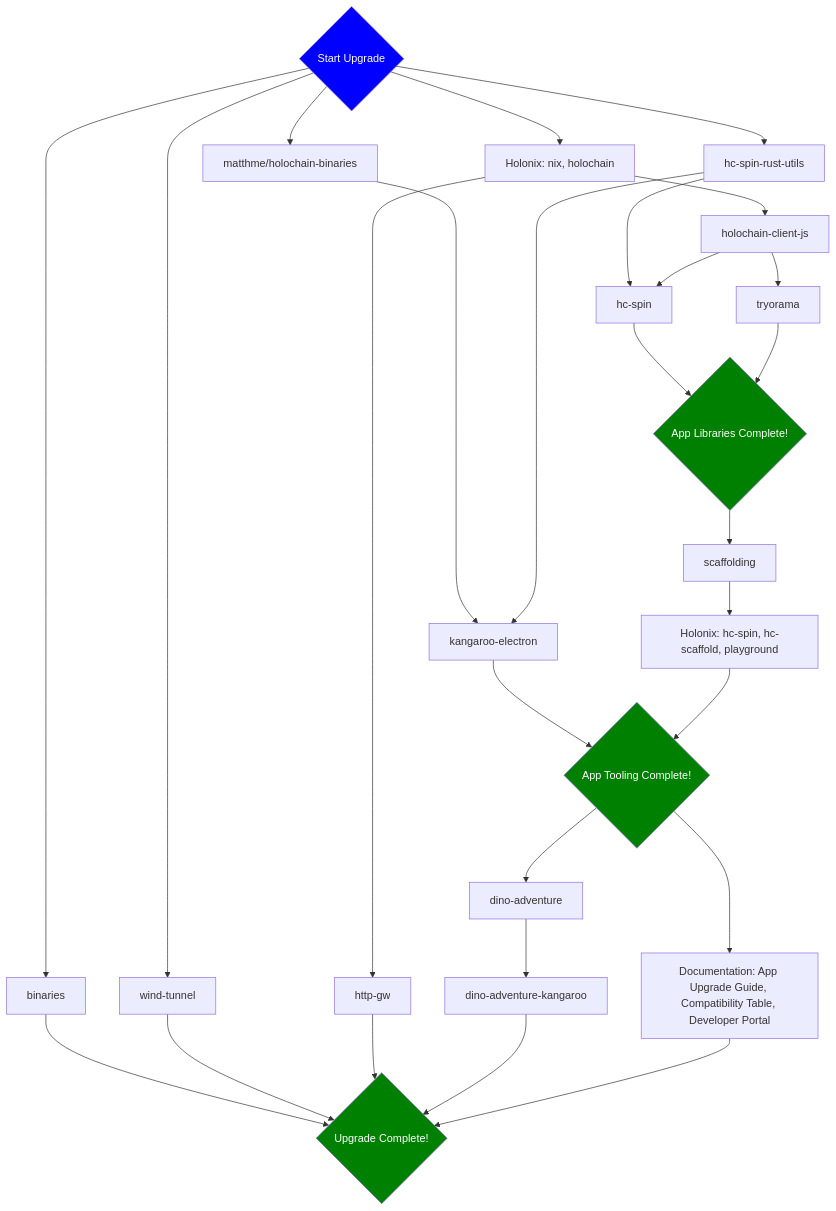
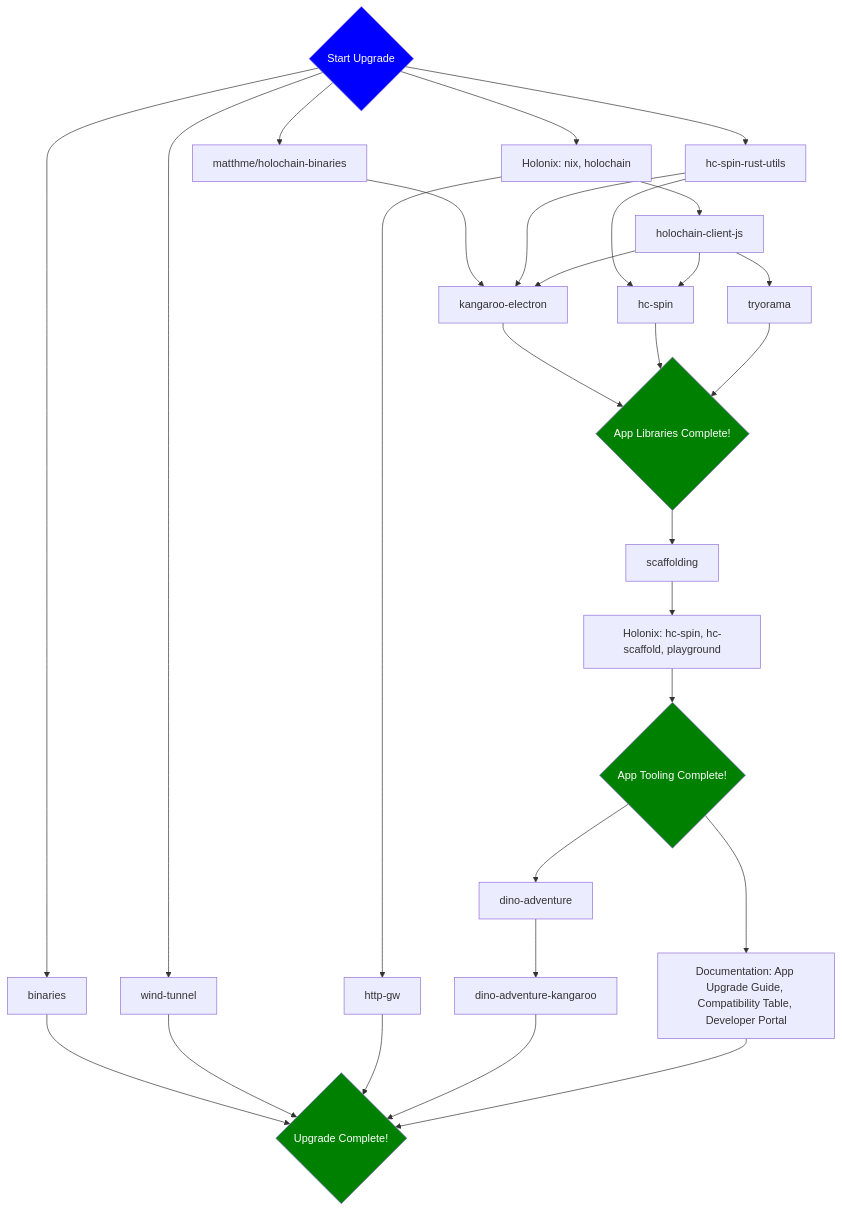
One commit to holochain/holochain changed the diagram in .github/ISSUE_TEMPLATE/release_checklist.md. Above: the diagram before and after it, drawn with Mermaid. The commit also changed other lines of this file, not shown here.

Commit message:
docs: holochain-client-js is a dependency of holochain-kangaroo, fill out details for all steps

````diff
--- a/.github/ISSUE_TEMPLATE/release_checklist.md
+++ b/.github/ISSUE_TEMPLATE/release_checklist.md
@@ -10,75 +10,76 @@
 ```mermaid
 flowchart TB
     %% Start flow
     Start{Start Upgrade}
 
     Start --> Binaries[binaries]
     Start --> WindTunnel[wind-tunnel]
     Start --> MatthmeBinaries[matthme/holochain-binaries]
     Start --> Holonix1[Holonix: nix, holochain]
     Start --> HcSpinRustUtils[hc-spin-rust-utils]
 
     %% binaries
     Binaries --> Complete
 
     %% wind-tunnel
     WindTunnel --> Complete
 
     %% matthme binaries
-    MatthmeBinaries ------> Kangaroo[kangaroo-electron]
+    MatthmeBinaries ---> Kangaroo[kangaroo-electron]
 
     %% hc-spin-rust-utils
     HcSpinRustUtils --> Kangaroo
     HcSpinRustUtils ---> HcSpin
 
     %% kangaroo
-    Kangaroo --> AppToolsComplete
+    Kangaroo --> AppLibsComplete
 
     %% holonix
     Holonix1 --> JSClient[holochain-client-js]
     Holonix1 --> HttpGw[http-gw]
 
     %% http-gw
     HttpGw --> Complete
 
     %% holochain-client-js
     JSClient --> Tryorama[tryorama]
     JSClient --> HcSpin[hc-spin]
+    JSClient --> Kangaroo
 
     %% hc-spin
     HcSpin --> AppLibsComplete
 
     %% tryorama
     Tryorama --> AppLibsComplete
 
     %% app libraries complete
     AppLibsComplete{App Libraries Complete!}
     AppLibsComplete --> Scaffold[scaffolding]
 
     %% scaffold
     Scaffold --> Holonix2[Holonix: hc-spin, hc-scaffold, playground]
     
     %% holonix (again)
     Holonix2 --> AppToolsComplete{App Tooling Complete!}
 
     %% app tools complete
     AppToolsComplete --> DinoAdventure[dino-adventure]
     AppToolsComplete --> Documentation[Documentation: App Upgrade Guide, Compatibility Table, Developer Portal]
 
     %% dino-adventure
     DinoAdventure --> DinoKangaroo[dino-adventure-kangaroo]
 
     %% dino-adventure-kangaroo
     DinoKangaroo --> Complete
 
     %% documentation
     Documentation --> Complete
 
     Complete{Upgrade Complete!}
 
     %% styling 
     style Start fill:blue,color:white
     style Complete fill:green,color:white
     style AppLibsComplete fill:green,color:white
     style AppToolsComplete fill:green,color:white
 ```
````
